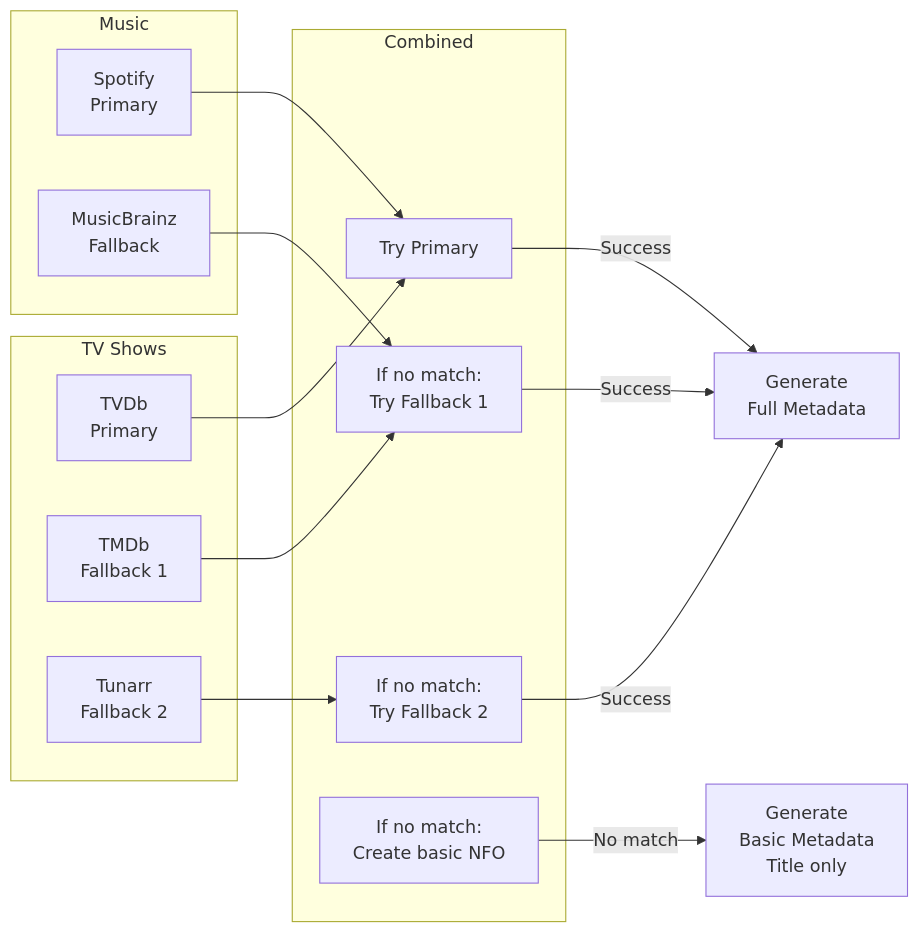
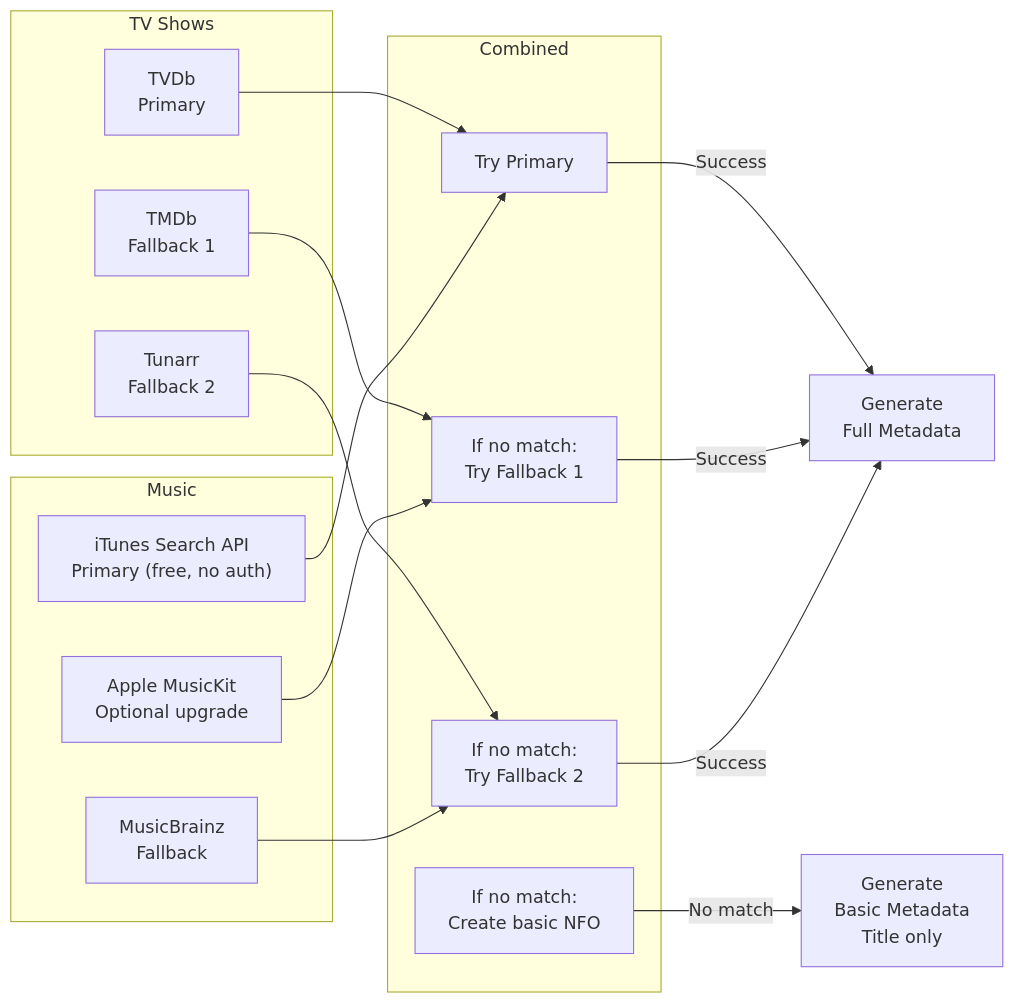
Diagram 12 of 15 in docs/WORKFLOWS_AND_DIAGRAMS.md (roto31/Plex-NFO-creator-and-Poster-Art-creator), drawn with Mermaid before and after one commit. The commit also changed other lines of this file and 7 other files, not shown here.

First line of the commit message:
docs: complete Spotify → iTunes/MusicKit sweep and update extract_artwork docs

````diff
--- a/docs/WORKFLOWS_AND_DIAGRAMS.md
+++ b/docs/WORKFLOWS_AND_DIAGRAMS.md
@@ -400,31 +402,33 @@
 ```mermaid
 graph LR
     subgraph "TV Shows"
         T1["TVDb<br/>Primary"]
         T2["TMDb<br/>Fallback 1"]
         T3["Tunarr<br/>Fallback 2"]
     end
     
     subgraph "Music"
-        M1["Spotify<br/>Primary"]
+        M1["iTunes Search API<br/>Primary (free, no auth)"]
+        M1b["Apple MusicKit<br/>Optional upgrade"]
         M2["MusicBrainz<br/>Fallback"]
     end
     
     subgraph "Combined"
         C1["Try Primary"]
         C2["If no match:<br/>Try Fallback 1"]
         C3["If no match:<br/>Try Fallback 2"]
         C4["If no match:<br/>Create basic NFO"]
     end
     
     T1 --> C1
     T2 --> C2
     T3 --> C3
     M1 --> C1
-    M2 --> C2
+    M1b --> C2
+    M2 --> C3
     
     C1 -->|Success| D["Generate<br/>Full Metadata"]
     C2 -->|Success| D
     C3 -->|Success| D
     C4 -->|No match| E["Generate<br/>Basic Metadata<br/>Title only"]
 ```
````
